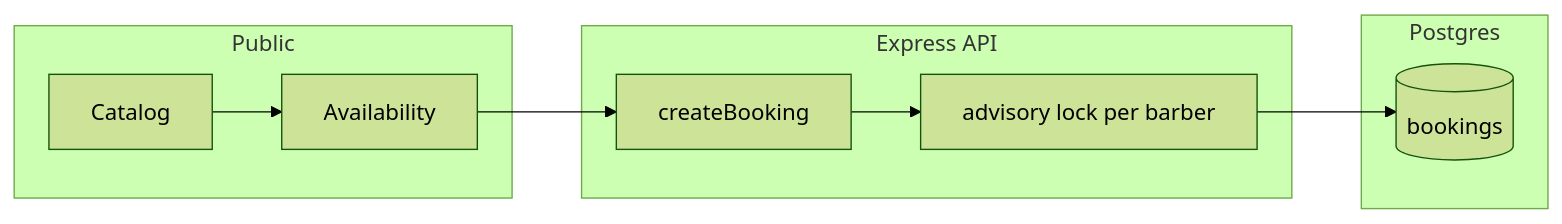
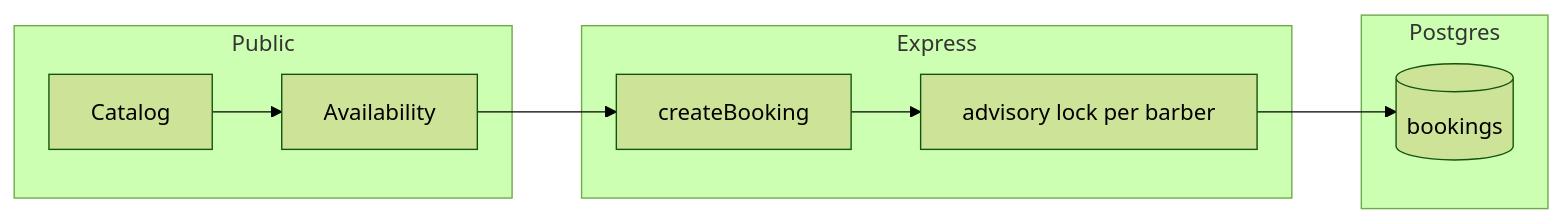
Before and after one commit to AhmadIgbaria19/TrimTime-: the second of 4 diagrams in README.md, drawn with Mermaid (forest theme). The commit also changed other lines of this file and 3 other files, not shown here.

````diff
--- a/README.md
+++ b/README.md
@@ -108,18 +148,18 @@
 ```mermaid
 flowchart LR
   subgraph public [Public]
     C[Catalog]
     A[Availability]
   end
-  subgraph api [Express API]
+  subgraph api [Express]
     B[createBooking]
     L[advisory lock per barber]
   end
   subgraph db [Postgres]
     P[(bookings)]
   end
   C --> A
   A --> B
   B --> L
   L --> P
 ```
````
